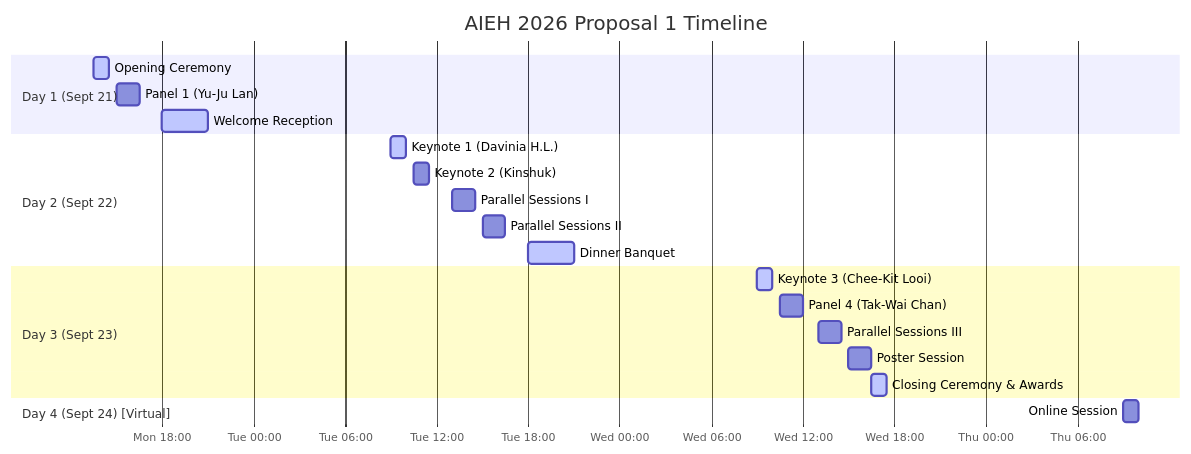
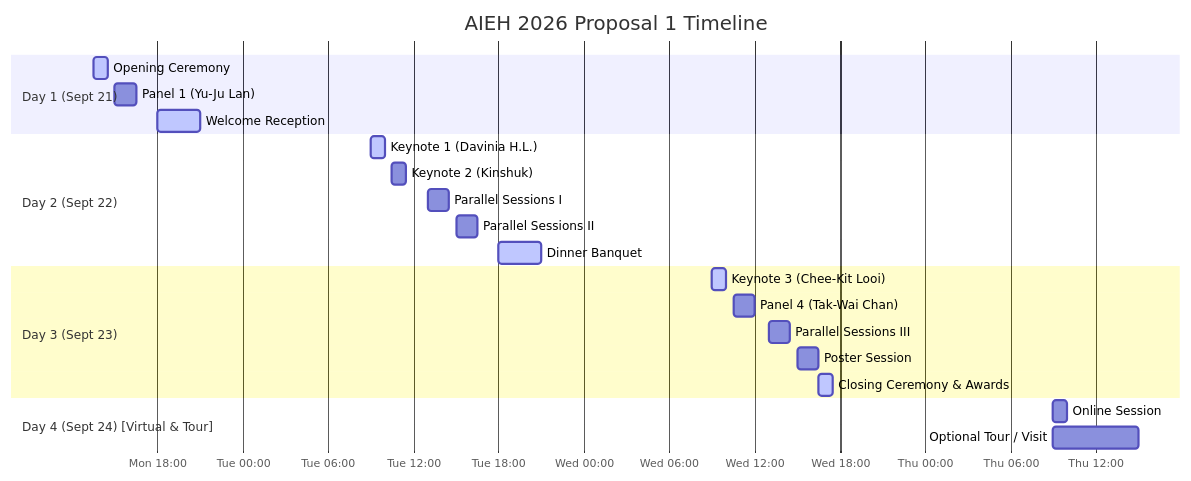
The diagram in conference_agenda.md (CalvinCYLiao/peaceful-pasteur), drawn with Mermaid before and after one commit. The commit also changed other lines of this file and 1 other file, not shown here.

Commit message:
feat: add Optional Tour and IDC School Visit to Day 4 schedule

````diff
--- a/conference_agenda.md
+++ b/conference_agenda.md
@@ -28,28 +28,29 @@
 ```mermaid
 gantt
     title AIEH 2026 Proposal 1 Timeline
     dateFormat  YYYY-MM-DD HH:mm
     axisFormat %a %H:%M
 
     section Day 1 (Sept 21)
     Opening Ceremony          :active, d1_1, 2026-09-21 13:30, 2026-09-21 14:30
     Panel 1 (Yu-Ju Lan)       :d1_2, 2026-09-21 15:00, 2026-09-21 16:30
     Welcome Reception         :active, d1_3, 2026-09-21 18:00, 2026-09-21 21:00
 
     section Day 2 (Sept 22)
     Keynote 1 (Davinia H.L.)  :active, d2_1, 2026-09-22 09:00, 2026-09-22 10:00
     Keynote 2 (Kinshuk)       :d2_2, 2026-09-22 10:30, 2026-09-22 11:30
     Parallel Sessions I       :d2_3, 2026-09-22 13:00, 2026-09-22 14:30
     Parallel Sessions II      :d2_4, 2026-09-22 15:00, 2026-09-22 16:30
     Dinner Banquet            :active, d2_5, 2026-09-22 18:00, 2026-09-22 21:00
 
     section Day 3 (Sept 23)
     Keynote 3 (Chee-Kit Looi) :active, d3_1, 2026-09-23 09:00, 2026-09-23 10:00
     Panel 4 (Tak-Wai Chan)    :d3_2, 2026-09-23 10:30, 2026-09-23 12:00
     Parallel Sessions III     :d3_3, 2026-09-23 13:00, 2026-09-23 14:30
     Poster Session            :d3_4, 2026-09-23 15:00, 2026-09-23 16:30
     Closing Ceremony & Awards :active, d3_5, 2026-09-23 16:30, 2026-09-23 17:30
 
-    section Day 4 (Sept 24) [Virtual]
+    section Day 4 (Sept 24) [Virtual & Tour]
     Online Session            :d4_1, 2026-09-24 09:00, 2026-09-24 10:00
+    Optional Tour / Visit     :d4_2, 2026-09-24 09:00, 2026-09-24 15:00
 ```
````
